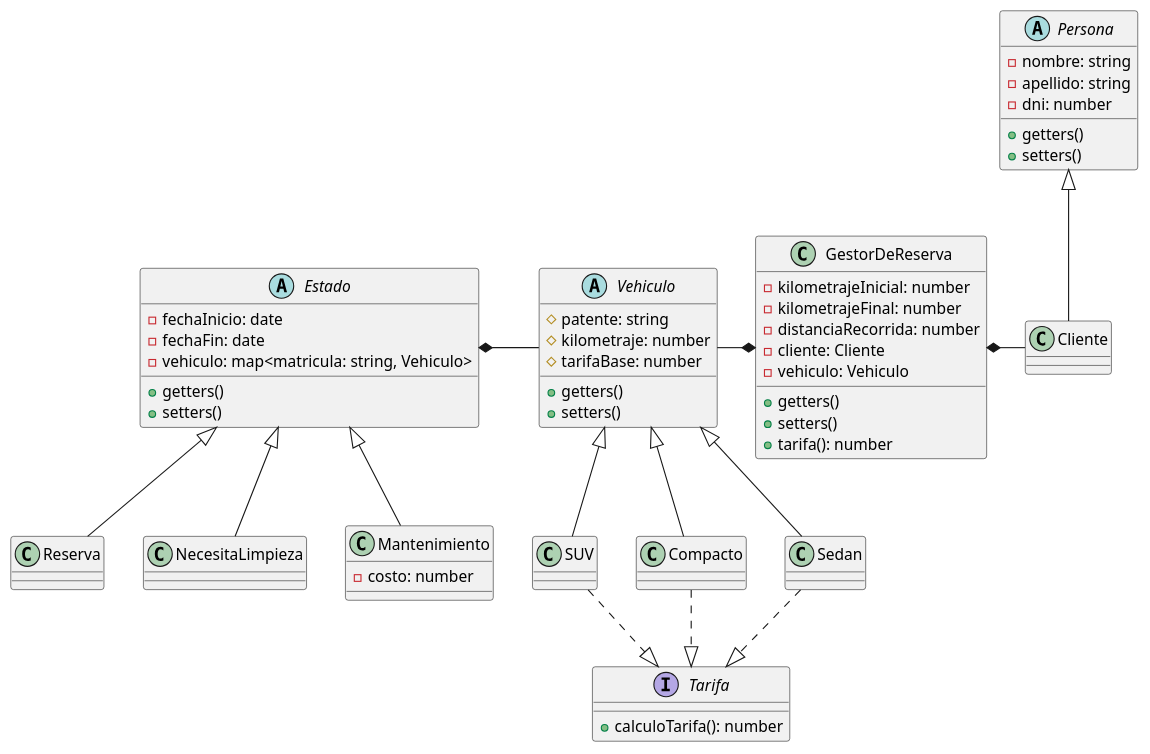
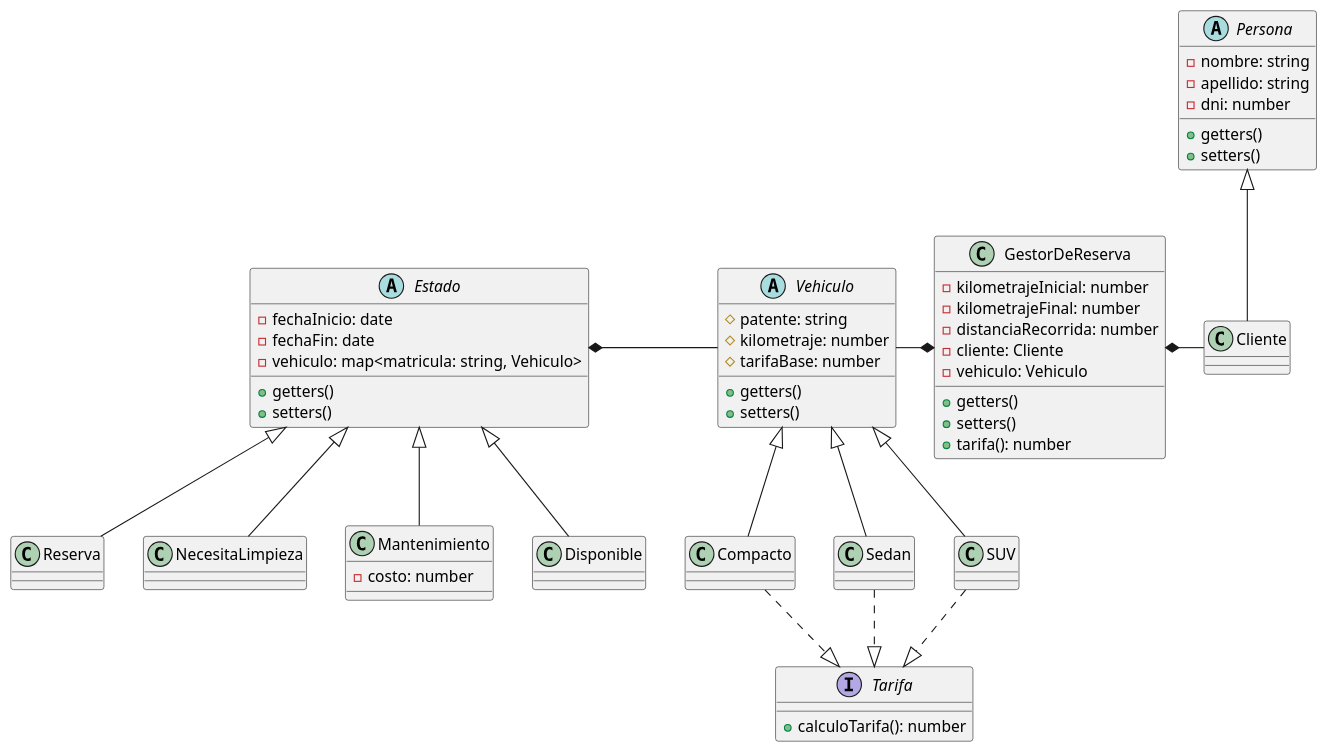
The diagram in DriveHub.puml (JLMinera/UTN_TUP_Proyecto-programacion_2), drawn with PlantUML before and after one commit.

Commit message:
Se actualiza diagrama de clases con nueva clase Disponible

```diff
--- a/DriveHub.puml
+++ b/DriveHub.puml
@@ -1,102 +1,107 @@
 @startuml DriveHub
 
 ' Clases
 
 class GestorDeReserva {
     - kilometrajeInicial: number
     - kilometrajeFinal: number
     - distanciaRecorrida: number
     - cliente: Cliente
     - vehiculo: Vehiculo
 
     + getters()
     + setters()
     + tarifa(): number
 }
 
 abstract class Persona {
     - nombre: string
     - apellido: string
     - dni: number
 
     + getters()
     + setters()
 }
 
 class Cliente {
 
 }
 
 
 abstract class Vehiculo {
     # patente: string
     # kilometraje: number
     # tarifaBase: number
 
     + getters()
     + setters()
 
 }
 
 class Sedan {
 
 }
 
 class Compacto {
 
 }
 
 class SUV {
 
 }
 
 interface Tarifa {
     + calculoTarifa(): number
 }
 
 abstract class Estado {
     - fechaInicio: date
     - fechaFin: date
     - vehiculo: map<matricula: string, Vehiculo>
 
     + getters()
     + setters()
 }
 
 class Reserva {
     
 }
 
 class NecesitaLimpieza {
     
 }
 
 class Mantenimiento {
     - costo: number
     
 }
 
+class Disponible {
+    
+}
+
 ' Relaciones
 
 Persona <|-d- Cliente
 
 Tarifa <|.u. Sedan
 Tarifa <|.u. Compacto
 Tarifa <|.u. SUV
 
 Vehiculo <|-d- Sedan
 Vehiculo <|-d- Compacto
 Vehiculo <|-d- SUV
 
 GestorDeReserva *-l- Vehiculo
 GestorDeReserva *-r- Cliente
 
 Estado *-r- Vehiculo
 
 Estado <|-d- Reserva
 Estado <|-d- NecesitaLimpieza
 Estado <|-d- Mantenimiento
+Estado <|-d- Disponible
 
 
 
 @enduml
```
